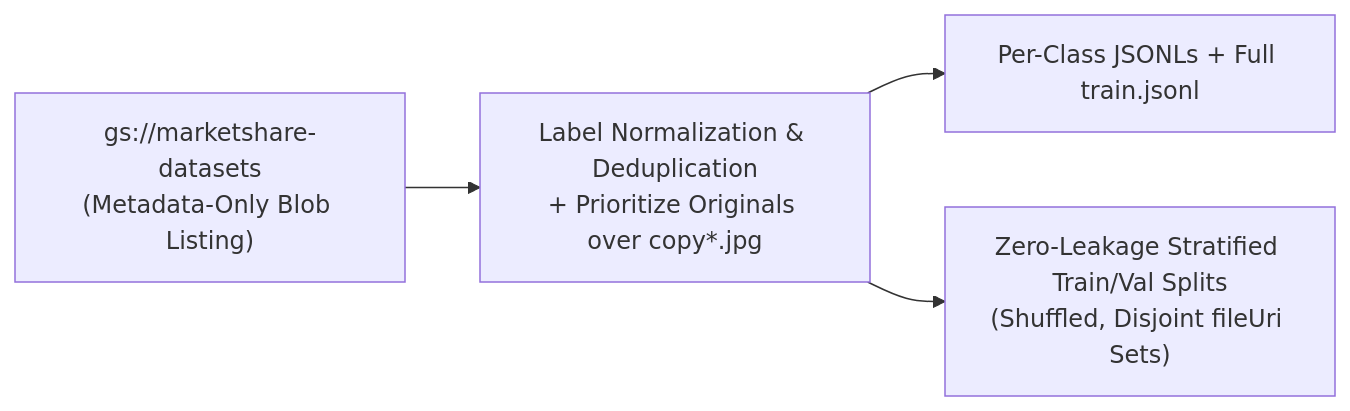
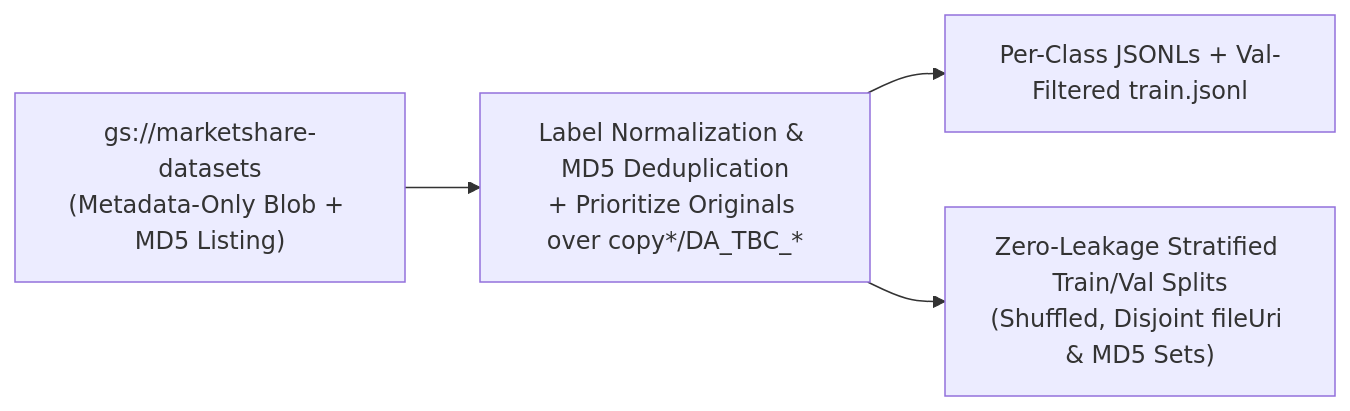
Before and after one commit to jigyasujuneja/unilever-shelf-understanding-e2e: the sixth of 6 diagrams in docs/reference.md, drawn with Mermaid. The commit also changed other lines of this file and 4 other files, not shown here.

````diff
--- a/docs/reference.md
+++ b/docs/reference.md
@@ -259,6 +259,6 @@
 ```mermaid
 flowchart LR
-  GCS["gs://marketshare-datasets<br/>(Metadata-Only Blob Listing)"] --> NORM["Label Normalization & Deduplication<br/>+ Prioritize Originals over copy*.jpg"]
-  NORM --> PER["Per-Class JSONLs + Full train.jsonl"]
-  NORM --> STRAT["Zero-Leakage Stratified Train/Val Splits<br/>(Shuffled, Disjoint fileUri Sets)"]
+  GCS["gs://marketshare-datasets<br/>(Metadata-Only Blob + MD5 Listing)"] --> NORM["Label Normalization & MD5 Deduplication<br/>+ Prioritize Originals over copy*/DA_TBC_*"]
+  NORM --> PER["Per-Class JSONLs + Val-Filtered train.jsonl"]
+  NORM --> STRAT["Zero-Leakage Stratified Train/Val Splits<br/>(Shuffled, Disjoint fileUri & MD5 Sets)"]
 ```
````
